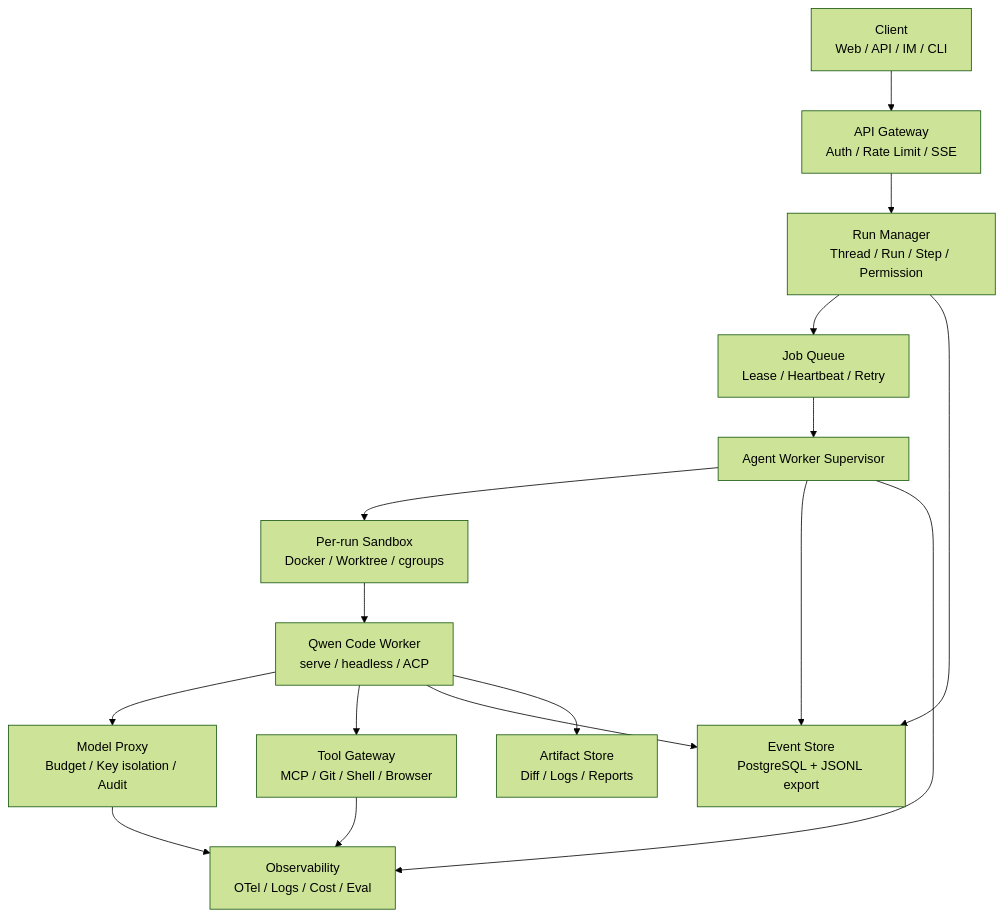
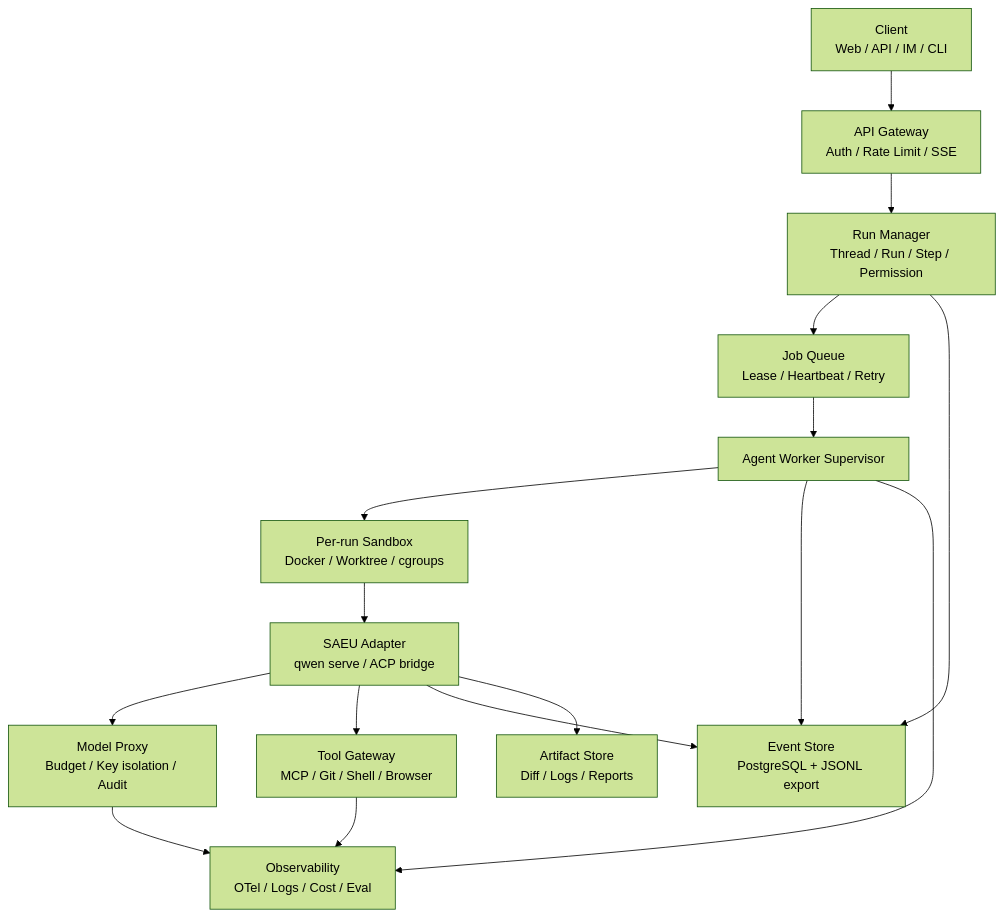
The diagram in docs/implementation/index.md (chiga0/aflow), drawn with Mermaid (forest theme) before and after one commit. The commit also changed other lines of this file and 8 other files, not shown here.

Commit message:
Refine qwen serve agent unit architecture

````diff
--- a/docs/implementation/index.md
+++ b/docs/implementation/index.md
@@ -41,31 +47,31 @@
 ```mermaid
 flowchart TB
     Client["Client<br/>Web / API / IM / CLI"]
     Gateway["API Gateway<br/>Auth / Rate Limit / SSE"]
     Control["Run Manager<br/>Thread / Run / Step / Permission"]
     Queue["Job Queue<br/>Lease / Heartbeat / Retry"]
     Worker["Agent Worker Supervisor"]
     Sandbox["Per-run Sandbox<br/>Docker / Worktree / cgroups"]
-    Agent["Qwen Code Worker<br/>serve / headless / ACP"]
+    Agent["SAEU Adapter<br/>qwen serve / ACP bridge"]
     ModelProxy["Model Proxy<br/>Budget / Key isolation / Audit"]
     Tools["Tool Gateway<br/>MCP / Git / Shell / Browser"]
     EventStore["Event Store<br/>PostgreSQL + JSONL export"]
     Artifacts["Artifact Store<br/>Diff / Logs / Reports"]
     Observe["Observability<br/>OTel / Logs / Cost / Eval"]
 
     Client --> Gateway
     Gateway --> Control
     Control --> Queue
     Queue --> Worker
     Worker --> Sandbox
     Sandbox --> Agent
     Agent --> ModelProxy
     Agent --> Tools
     Control --> EventStore
     Worker --> EventStore
     Agent --> EventStore
     Agent --> Artifacts
     Worker --> Observe
     ModelProxy --> Observe
     Tools --> Observe
 ```
````
